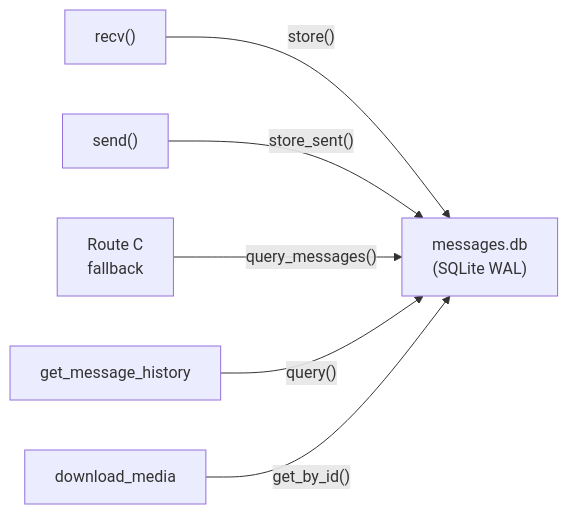
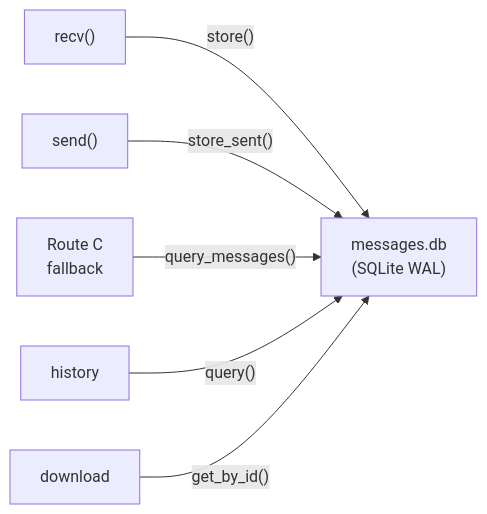
One commit to Oaklight/weilink changed the ninth of 15 diagrams in docs/architecture.md. Above: the diagram before and after it, drawn with Mermaid. The commit also changed other lines of this file and 3 other files, not shown here.

````diff
--- a/docs/architecture.md
+++ b/docs/architecture.md
@@ -199,8 +241,8 @@
 ```mermaid
 flowchart LR
     recv["recv()"] -->|"store()"| db["messages.db<br/>(SQLite WAL)"]
     send["send()"] -->|"store_sent()"| db
     fallback["Route C<br/>fallback"] -->|"query_messages()"| db
-    history["get_message_history"] -->|"query()"| db
-    download["download_media"] -->|"get_by_id()"| db
+    history["history"] -->|"query()"| db
+    download["download"] -->|"get_by_id()"| db
 ```
````
